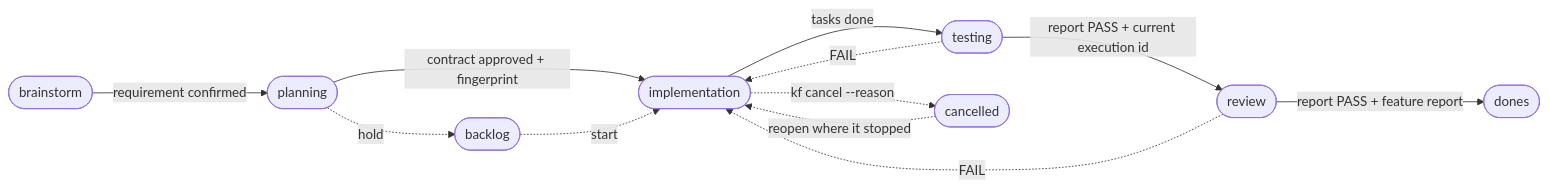
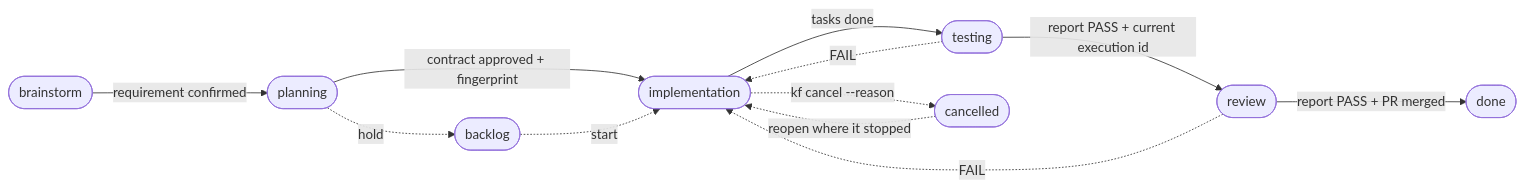
Before and after one commit to phuthuycoding/kanban-flow: the first of 3 diagrams in README.md, drawn with Mermaid. The commit also changed other lines of this file and 219 other files, not shown here.

````diff
--- a/README.md
+++ b/README.md
@@ -28,14 +50,14 @@
 ```mermaid
 flowchart LR
     B([brainstorm]) -->|requirement confirmed| P([planning])
     P -->|contract approved + fingerprint| I([implementation])
     P -.->|hold| BL([backlog])
     BL -.->|start| I
     I -->|tasks done| T([testing])
     T -->|report PASS + current execution id| R([review])
-    R -->|report PASS + feature report| D([dones])
+    R -->|report PASS + PR merged| D([done])
     T -.->|FAIL| I
     R -.->|FAIL| I
     I -.->|kf cancel --reason| X([cancelled])
     X -.->|reopen where it stopped| I
 ```
````
